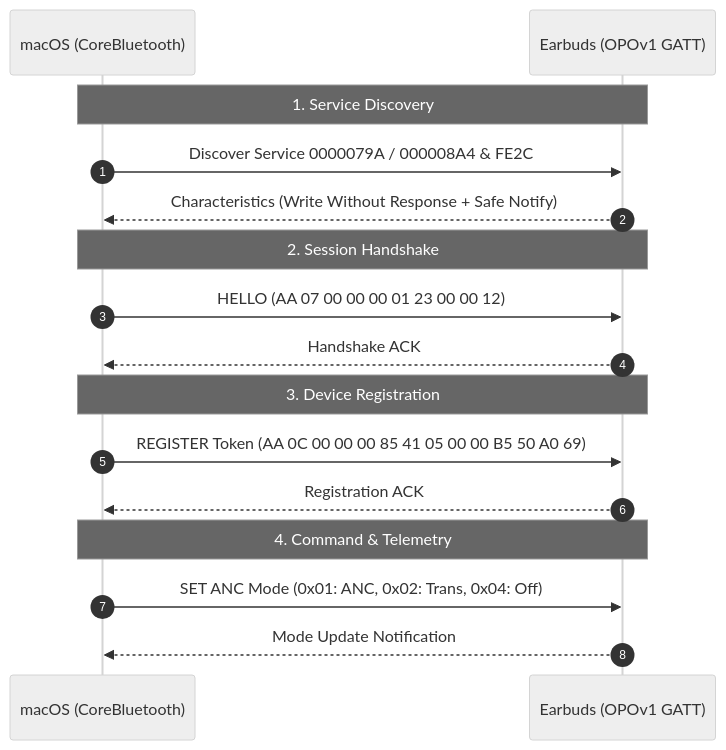
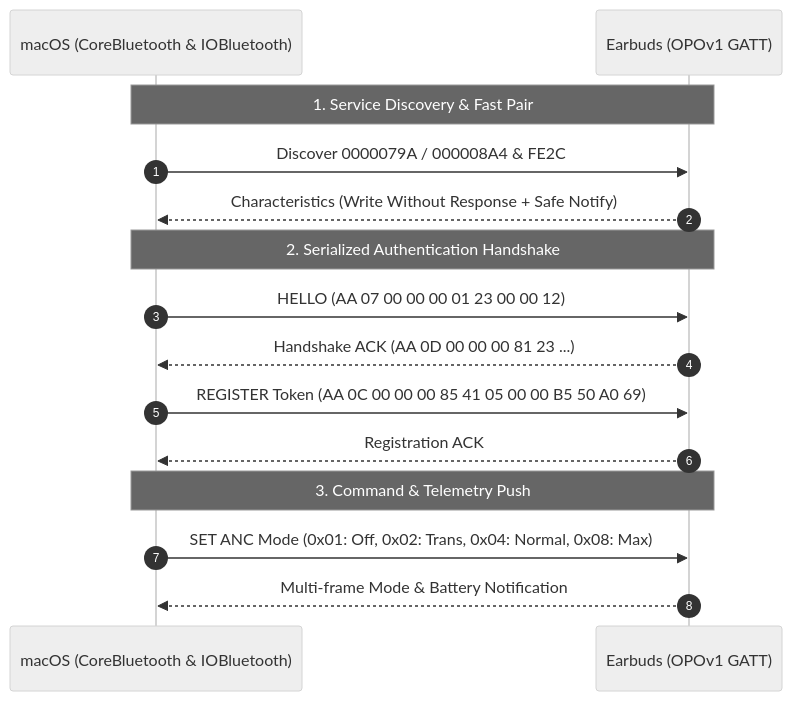
The diagram in README.md (ShubhamJ010/open-oneplus-buds), drawn with Mermaid (neutral theme) before and after one commit. The commit also changed other lines of this file and 1 other file, not shown here.

````diff
--- a/README.md
+++ b/README.md
@@ -88,22 +128,20 @@
 ```mermaid
 sequenceDiagram
     autonumber
-    participant Mac as macOS (CoreBluetooth)
+    participant Mac as macOS (CoreBluetooth & IOBluetooth)
     participant Buds as Earbuds (OPOv1 GATT)
 
-    Note over Mac,Buds: 1. Service Discovery
-    Mac->>Buds: Discover Service 0000079A / 000008A4 & FE2C
+    Note over Mac,Buds: 1. Service Discovery & Fast Pair
+    Mac->>Buds: Discover 0000079A / 000008A4 & FE2C
     Buds-->>Mac: Characteristics (Write Without Response + Safe Notify)
 
-    Note over Mac,Buds: 2. Session Handshake
+    Note over Mac,Buds: 2. Serialized Authentication Handshake
     Mac->>Buds: HELLO (AA 07 00 00 00 01 23 00 00 12)
-    Buds-->>Mac: Handshake ACK
-    
-    Note over Mac,Buds: 3. Device Registration
+    Buds-->>Mac: Handshake ACK (AA 0D 00 00 00 81 23 ...)
     Mac->>Buds: REGISTER Token (AA 0C 00 00 00 85 41 05 00 00 B5 50 A0 69)
     Buds-->>Mac: Registration ACK
 
-    Note over Mac,Buds: 4. Command & Telemetry
-    Mac->>Buds: SET ANC Mode (0x01: ANC, 0x02: Trans, 0x04: Off)
-    Buds-->>Mac: Mode Update Notification
+    Note over Mac,Buds: 3. Command & Telemetry Push
+    Mac->>Buds: SET ANC Mode (0x01: Off, 0x02: Trans, 0x04: Normal, 0x08: Max)
+    Buds-->>Mac: Multi-frame Mode & Battery Notification
 ```
````
